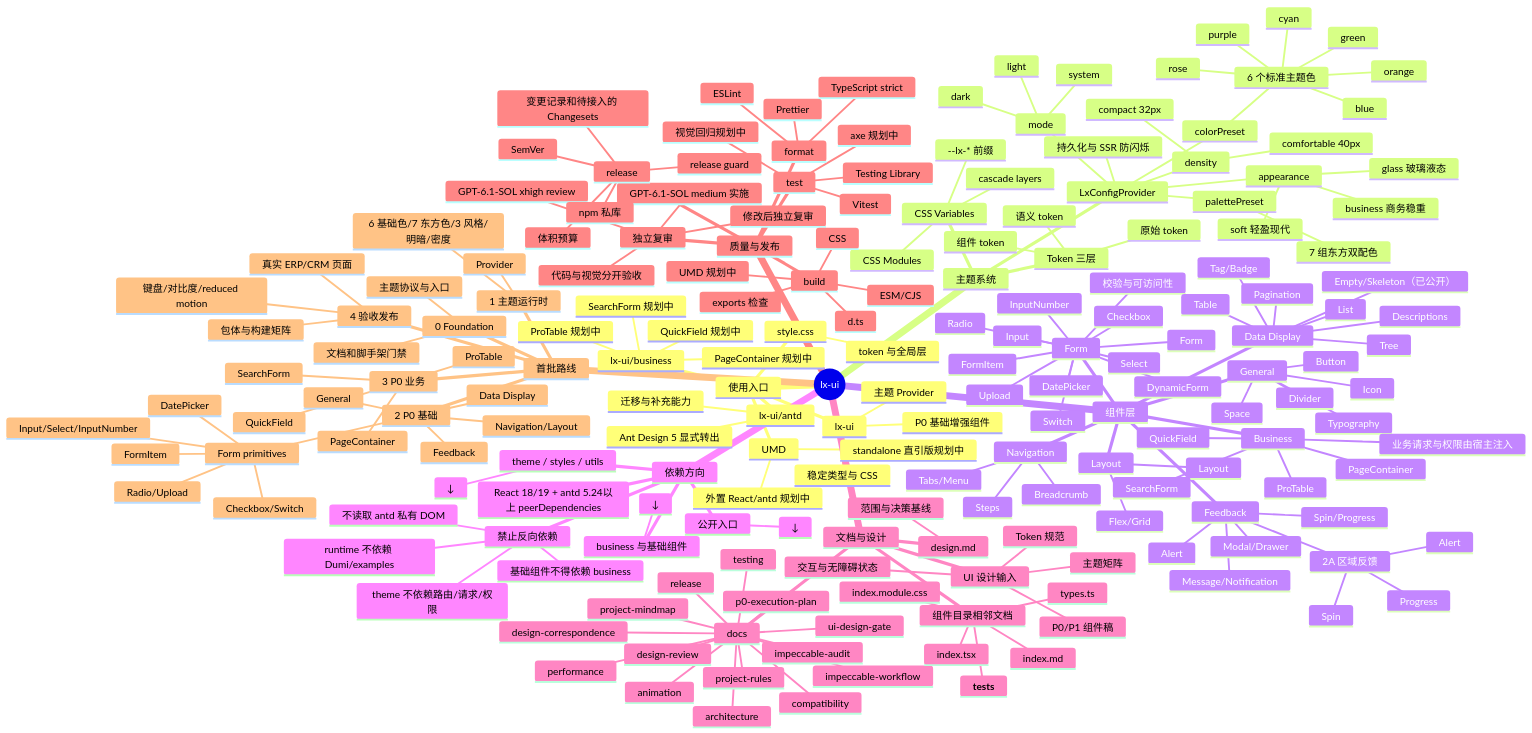
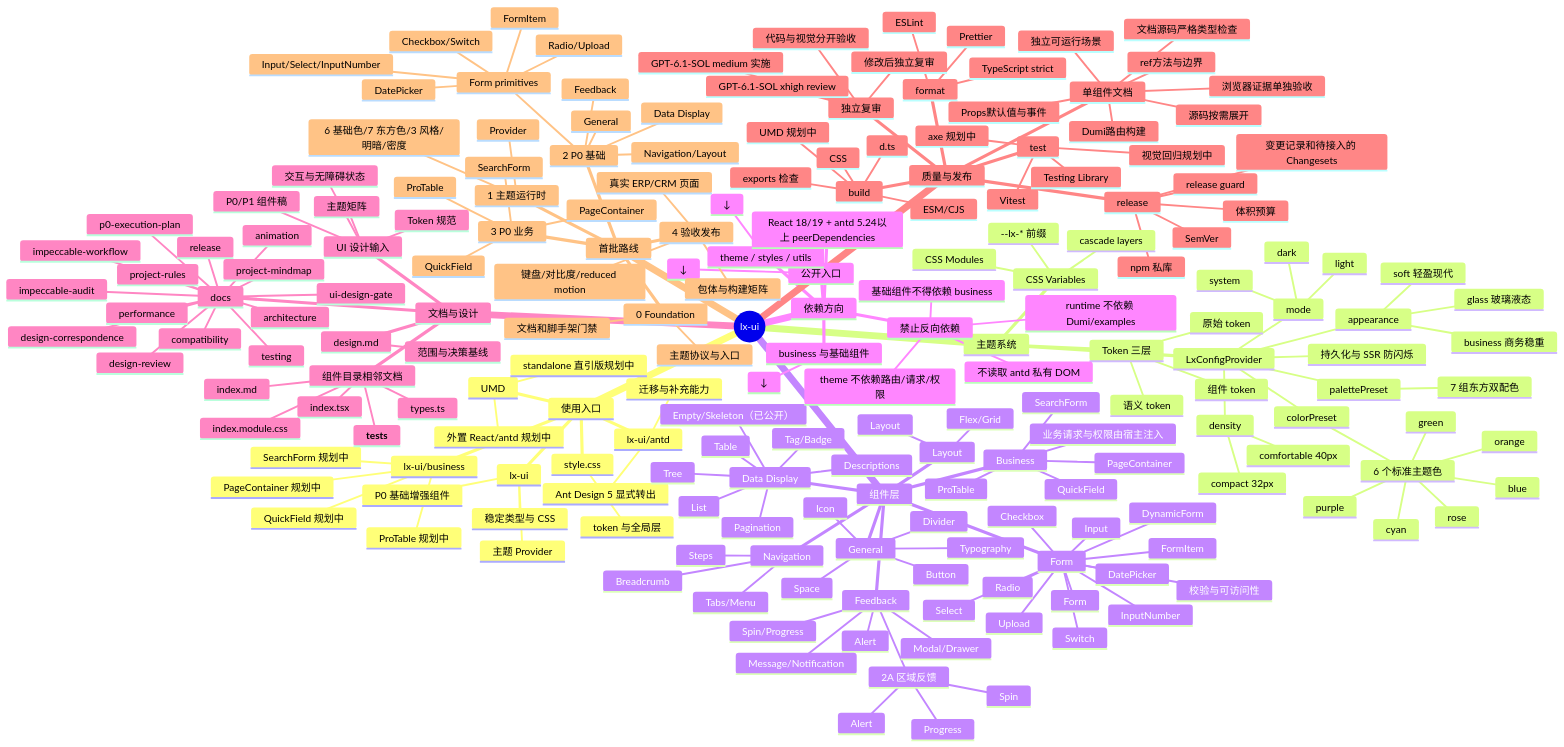
The diagram in docs/project-mindmap.md (1eonz/lz-ui), drawn with Mermaid before and after one commit. The commit also changed 66 other files, not shown here.

```diff
--- a/docs/project-mindmap.md
+++ b/docs/project-mindmap.md
@@ -162,6 +162,14 @@
         GPT-6.1-SOL xhigh review
         修改后独立复审
         代码与视觉分开验收
+      单组件文档
+        独立可运行场景
+        源码按需展开
+        Props默认值与事件
+        ref方法与边界
+        文档源码严格类型检查
+        Dumi路由构建
+        浏览器证据单独验收
       build
         ESM/CJS
         d.ts
```
